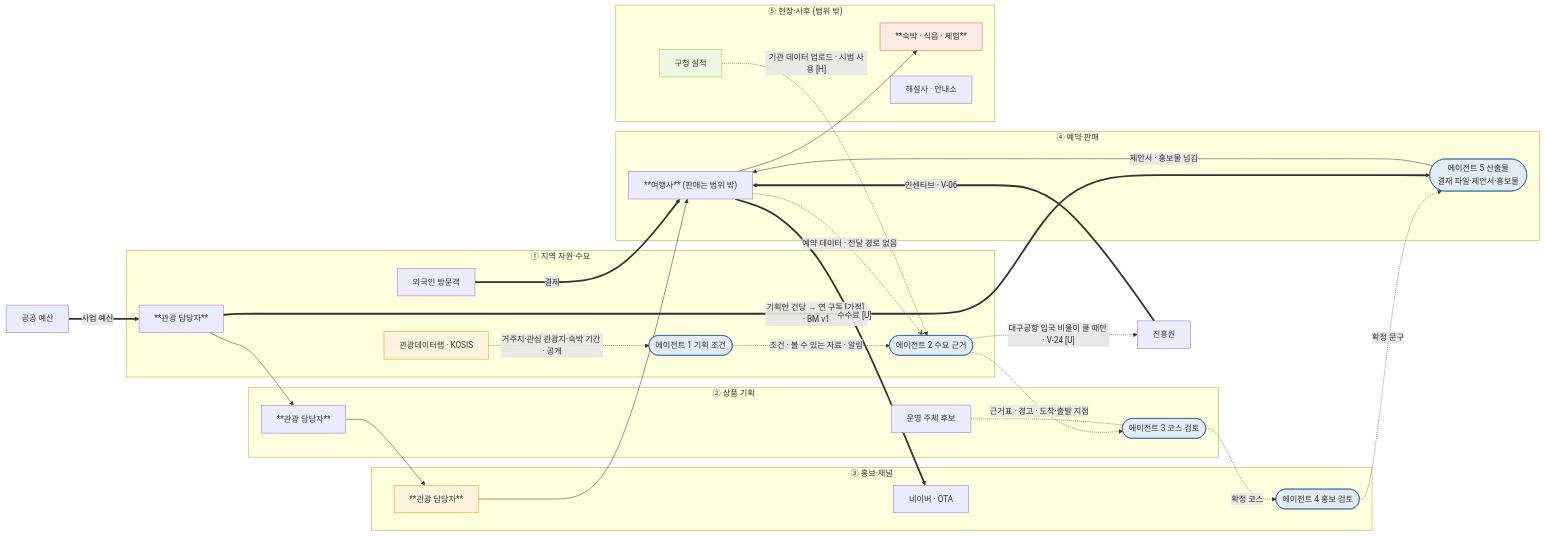
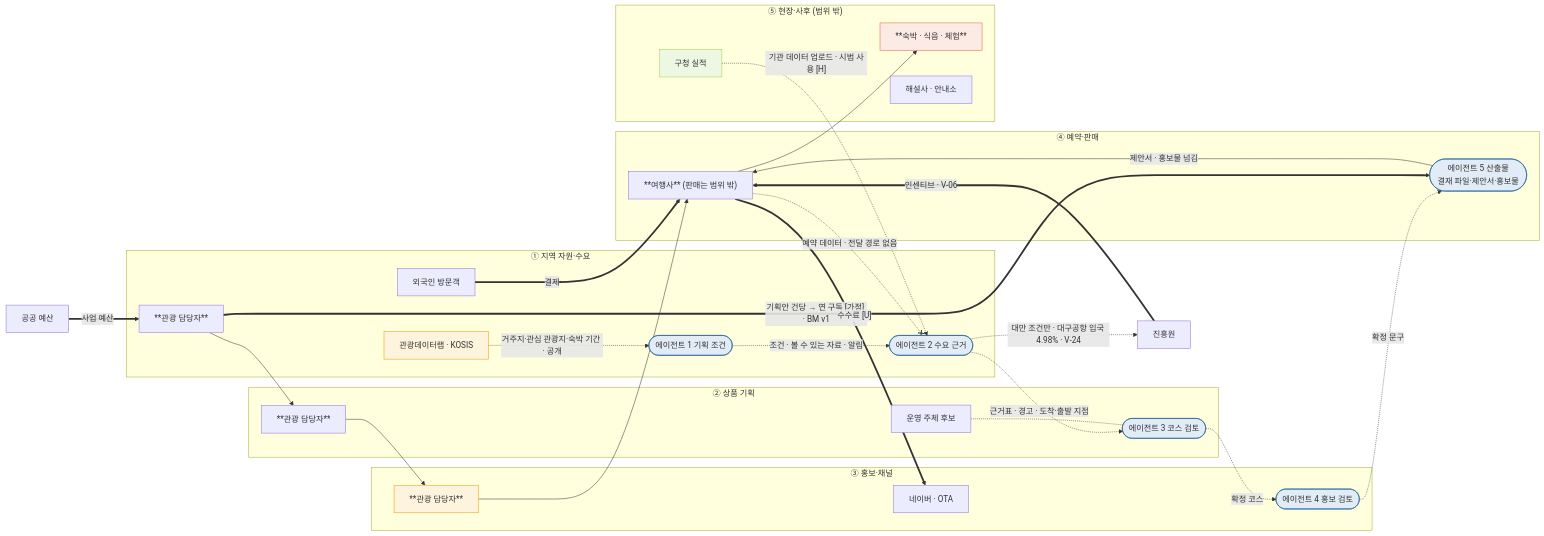
Before and after one commit to k-1026/haruharu: the diagram in research/valuechain/valuechain_v3.md, drawn with Mermaid. The commit also changed other lines of this file and 1 other file, not shown here.

````diff
--- a/research/valuechain/valuechain_v3.md
+++ b/research/valuechain/valuechain_v3.md
@@ -74,57 +74,57 @@
 ```mermaid
 flowchart LR
   subgraph S1["① 지역 자원·수요"]
     A1["**관광 담당자**"]
     A2["외국인 방문객"]
     A3["관광데이터랩 · KOSIS"]
     G1(["에이전트 1 기획 조건"])
     G2(["에이전트 2 수요 근거"])
   end
   subgraph S2["② 상품 기획"]
     B1["**관광 담당자**"]
     G3(["에이전트 3 코스 검토"])
     B2["운영 주체 후보"]
   end
   subgraph S3["③ 홍보·채널"]
     C1["**관광 담당자**"]
     G4(["에이전트 4 홍보 검토"])
     C2["네이버 · OTA"]
   end
   subgraph S4["④ 예약·판매"]
     G5(["에이전트 5 산출물<br>결재 파일·제안서·홍보물"])
     D1["**여행사** (판매는 범위 밖)"]
   end
   subgraph S5["⑤ 현장·사후 (범위 밖)"]
     E1["**숙박 · 식음 · 체험**"]
     E2["해설사 · 안내소"]
     E3["구청 실적"]
   end
 
   A1 --> B1 --> C1 --> D1 --> E1
   G1 -.->|"조건 · 볼 수 있는 자료 · 알림"| G2
   G2 -.->|"근거표 · 경고 · 도착·출발 지점"| G3
   G3 -.->|"확정 코스"| G4
   G4 -.->|"확정 문구"| G5
   G5 -->|"제안서 · 홍보물 넘김"| D1
   B2 -.- G3
 
   A3 -.->|"거주지·관심 관광지·숙박 기간 · 공개"| G1
   E3 -.->|"기관 데이터 업로드 · 시범 사용 [H]"| G2
   D1 -.-x|"예약 데이터 · 전달 경로 없음"| G2
-  G2 -.->|"대구공항 입국 비율이 클 때만 · V-24 [U]"| P2
+  G2 -.->|"대만 조건만 · 대구공항 입국 4.98% · V-24"| P2
 
   P1["공공 예산"] ==>|"사업 예산"| A1
   A1 ==>|"기획안 건당 → 연 구독 [가정] · BM v1"| G5
   P2["진흥원"] ==>|"인센티브 · V-06"| D1
   A2 ==>|"결제"| D1
   D1 ==>|"수수료 [U]"| C2
 
   classDef bottleneck fill:#FEF3DC,stroke:#E89B00
   classDef opp fill:#EEF7E2,stroke:#9BD24B
   classDef cost fill:#FCEBE5,stroke:#E8603C
   classDef agent fill:#E1ECF7,stroke:#1F5F99
   class G1,G2,G3,G4,G5 agent
   class C1,A3 bottleneck
   class E3 opp
   class E1 cost
 ```
````
